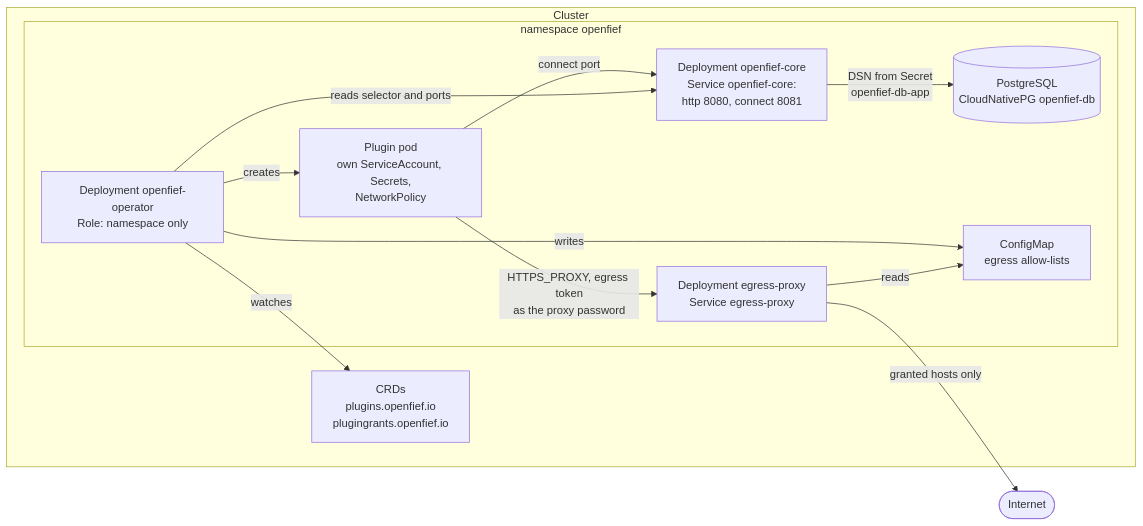
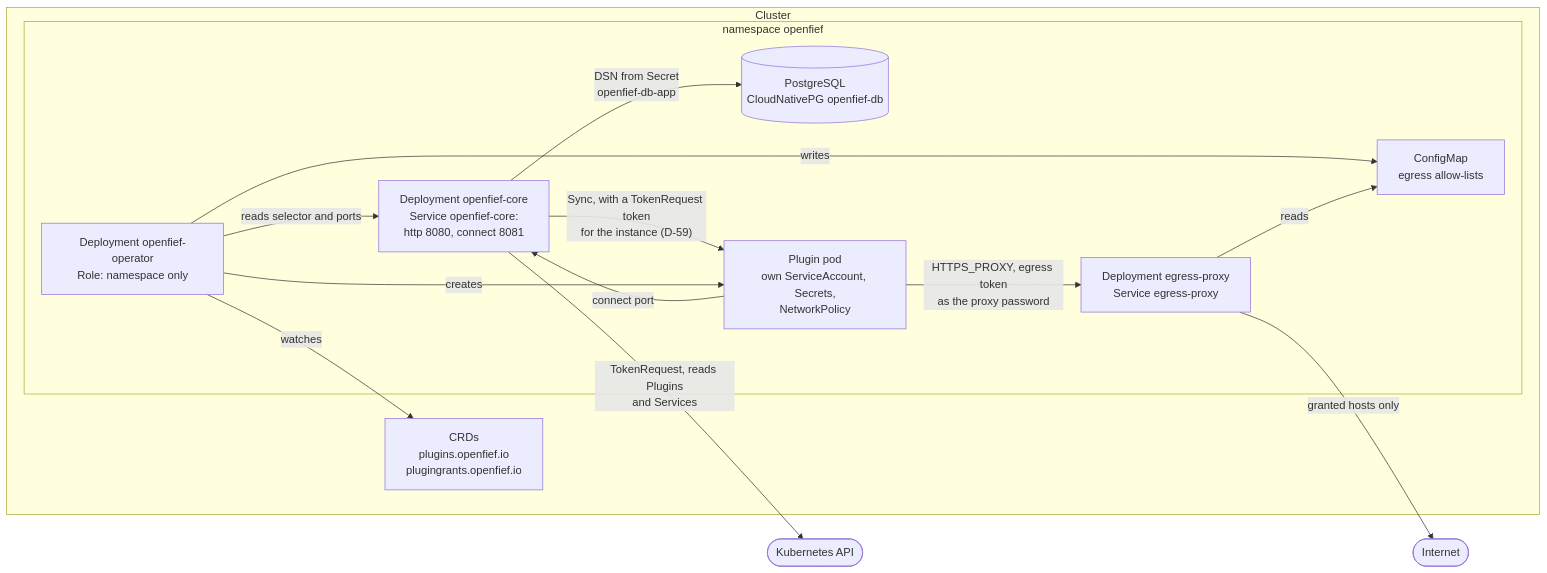
One commit to arkadiuss/openfief changed the fourth of 5 diagrams in docs/architecture.md. Above: the diagram before and after it, drawn with Mermaid. The commit also changed other lines of this file and 102 other files, not shown here.

First line of the commit message:
feat(core): sync connector instances with per-instance TokenRequest tokens

````diff
--- a/docs/architecture.md
+++ b/docs/architecture.md
@@ -113,24 +113,26 @@
 ```mermaid
 flowchart LR
   subgraph cluster["Cluster"]
     crds["CRDs<br/>plugins.openfief.io<br/>plugingrants.openfief.io"]
     subgraph ns["namespace openfief"]
       op["Deployment openfief-operator<br/>Role: namespace only"]
       core["Deployment openfief-core<br/>Service openfief-core:<br/>http 8080, connect 8081"]
       db[("PostgreSQL<br/>CloudNativePG openfief-db")]
       px["Deployment egress-proxy<br/>Service egress-proxy"]
       p1["Plugin pod<br/>own ServiceAccount, Secrets,<br/>NetworkPolicy"]
       cm["ConfigMap<br/>egress allow-lists"]
     end
   end
   internet(["Internet"])
   core -- "DSN from Secret<br/>openfief-db-app" --> db
   p1 -- "connect port" --> core
+  core -- "Sync, with a TokenRequest token<br/>for the instance (D-59)" --> p1
+  core -- "TokenRequest, reads Plugins<br/>and Services" --> api(["Kubernetes API"])
   op -- "reads selector and ports" --> core
   op -- "watches" --> crds
   op -- "creates" --> p1
   op -- "writes" --> cm
   px -- "reads" --> cm
   p1 -- "HTTPS_PROXY, egress token<br/>as the proxy password" --> px
   px -- "granted hosts only" --> internet
 ```
````
